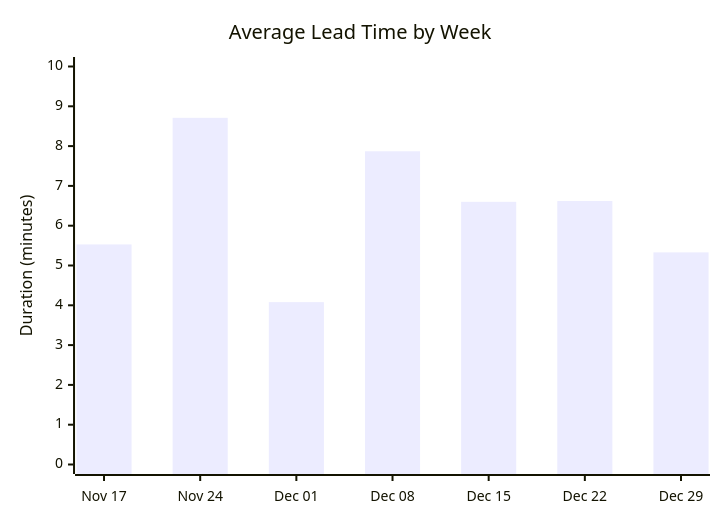
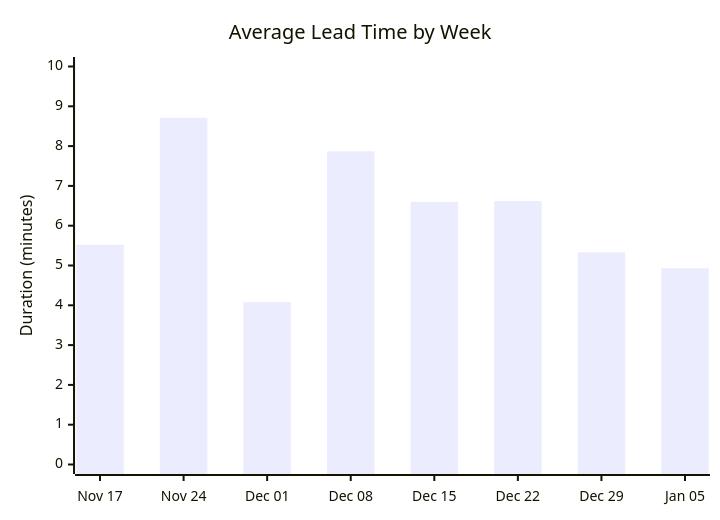
Before and after one commit to ukma-cs-ssdm-2025/rate-ukma: the second of 4 diagrams in docs/ci-cd/dora-summary.md, drawn with Mermaid. The commit also changed other lines of this file, not shown here.

````diff
--- a/docs/ci-cd/dora-summary.md
+++ b/docs/ci-cd/dora-summary.md
@@ -30,7 +29,7 @@
 ```mermaid
 xychart-beta
     title "Average Lead Time by Week"
-    x-axis ["Nov 17", "Nov 24", "Dec 01", "Dec 08", "Dec 15", "Dec 22", "Dec 29"]
+    x-axis ["Nov 17", "Nov 24", "Dec 01", "Dec 08", "Dec 15", "Dec 22", "Dec 29", "Jan 05"]
     y-axis "Duration (minutes)" 0 --> 10
-    bar [5.53, 8.71, 4.08, 7.87, 6.60, 6.62, 5.33]
+    bar [5.52, 8.71, 4.08, 7.87, 6.60, 6.62, 5.33, 4.93]
 ```
````
